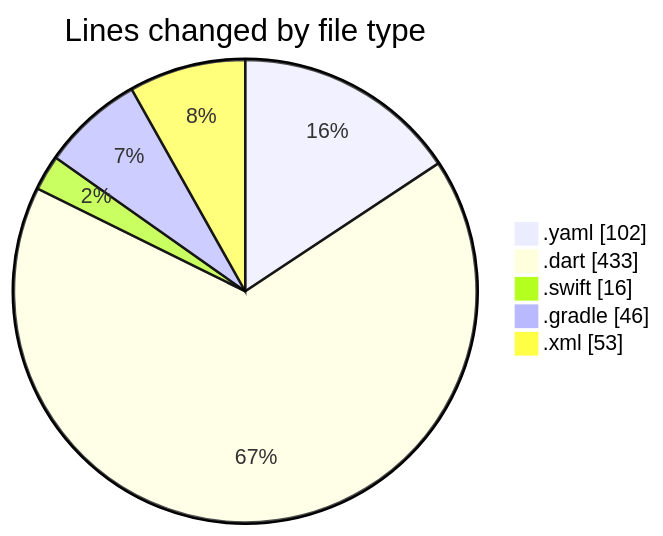
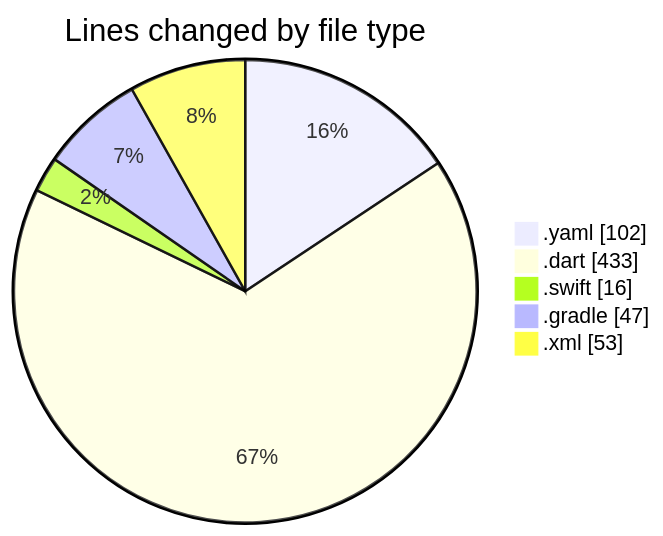
The first of 2 diagrams in 2025-02-04/maps_clone/README.md (donsfak/code-tracking), drawn with Mermaid before and after one commit. The commit also changed other lines of this file and 1 other file, not shown here.

````diff
--- a/2025-02-04/maps_clone/README.md
+++ b/2025-02-04/maps_clone/README.md
@@ -25,9 +25,9 @@
 ```mermaid
 pie showData
 title Lines changed by file type
 ".yaml" : 102
 ".dart" : 433
 ".swift" : 16
-".gradle" : 46
+".gradle" : 47
 ".xml" : 53
 ```
````
